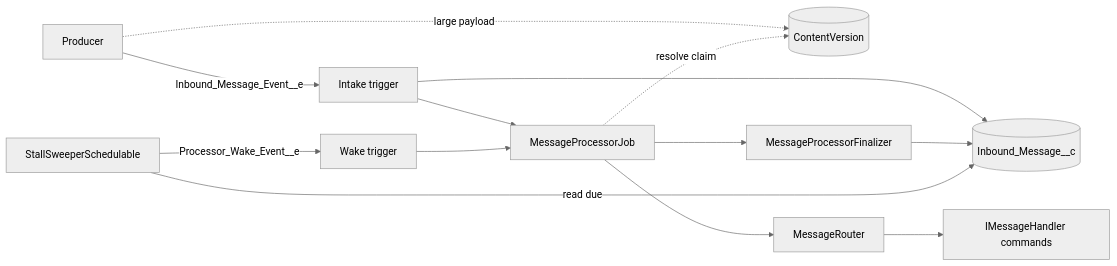
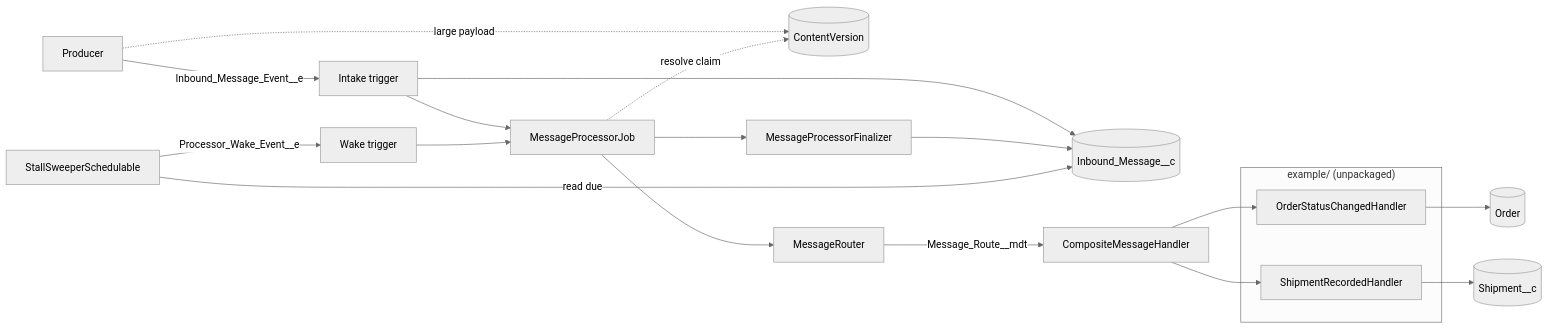
One commit to csquaredaz/apex-event-ingestion changed the diagram in README.md. Above: the diagram before and after it, drawn with Mermaid (neutral theme). The commit also changed other lines of this file and 2 other files, not shown here.

````diff
--- a/README.md
+++ b/README.md
@@ -14,15 +14,23 @@
 ```mermaid
 flowchart LR
   producer[Producer] -->|Inbound_Message_Event__e| intake[Intake trigger]
   producer -.->|large payload| files[(ContentVersion)]
   intake --> store[(Inbound_Message__c)]
   intake --> job[MessageProcessorJob]
   job --> router[MessageRouter]
-  router --> handlers[IMessageHandler commands]
+  router -->|Message_Route__mdt| composite[CompositeMessageHandler]
+  composite --> orderHandler[OrderStatusChangedHandler]
+  composite --> shipmentHandler[ShipmentRecordedHandler]
+  orderHandler --> orders[(Order)]
+  shipmentHandler --> shipments[(Shipment__c)]
   job -.->|resolve claim| files
   job --> finalizer[MessageProcessorFinalizer]
   finalizer --> store
   sweeper[StallSweeperSchedulable] -->|read due| store
   sweeper -->|Processor_Wake_Event__e| wake[Wake trigger]
   wake --> job
+  subgraph example["example/ (unpackaged)"]
+    orderHandler
+    shipmentHandler
+  end
 ```
````
